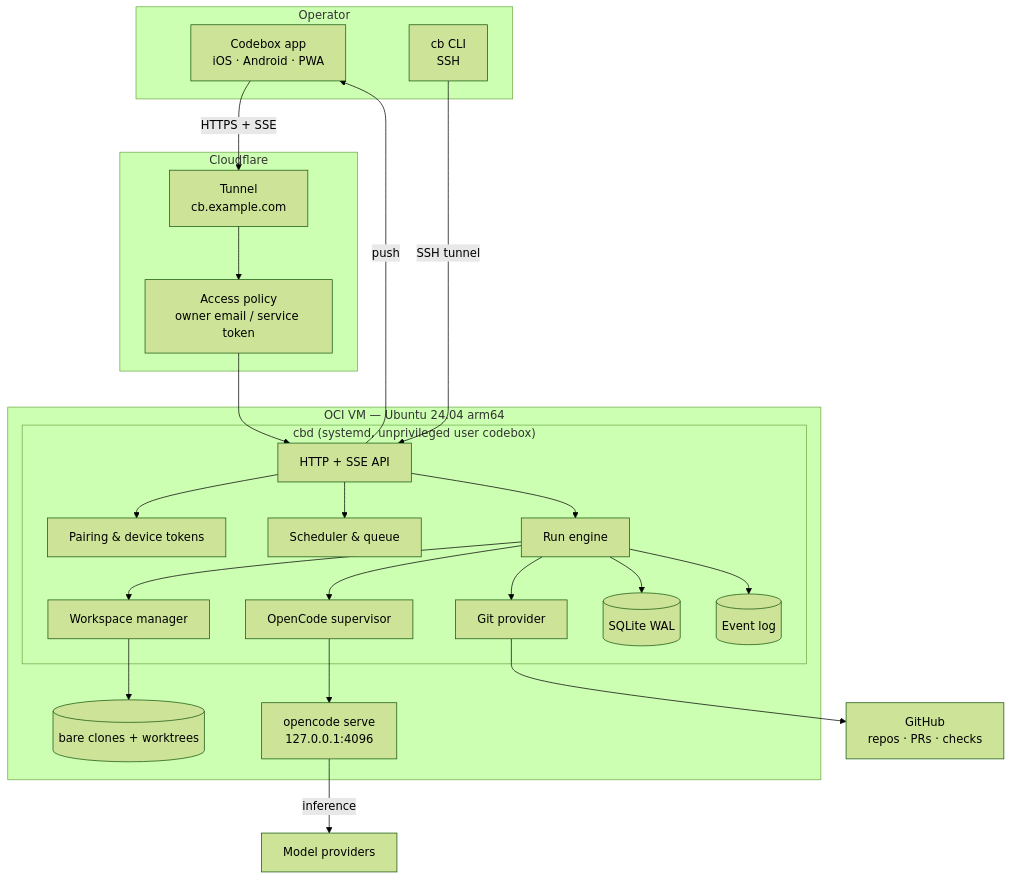
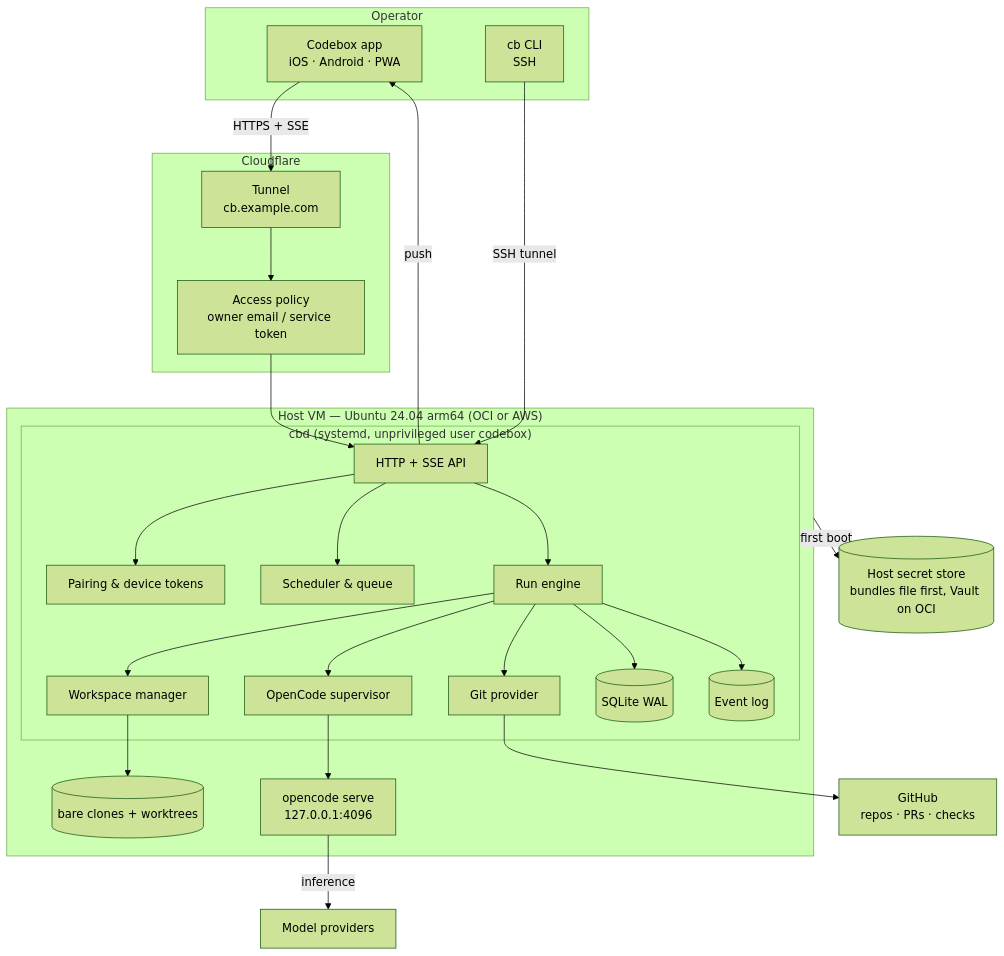
One commit to danihp6/codebox changed the first of 5 diagrams in docs/architecture.md. Above: the diagram before and after it, drawn with Mermaid (forest theme). The commit also changed other lines of this file and 7 other files, not shown here.

````diff
--- a/docs/architecture.md
+++ b/docs/architecture.md
@@ -9,41 +9,43 @@
 ```mermaid
 flowchart TB
   subgraph Operator["Operator"]
     APP[Codebox app<br/>iOS · Android · PWA]
     CLI[cb CLI<br/>SSH]
   end
   subgraph Cloudflare["Cloudflare"]
     TUN[Tunnel<br/>cb.example.com]
     ACC[Access policy<br/>owner email / service token]
   end
-  subgraph OCI["OCI VM — Ubuntu 24.04 arm64"]
+  subgraph HOST["Host VM — Ubuntu 24.04 arm64 (OCI or AWS)"]
     subgraph Daemon["cbd (systemd, unprivileged user codebox)"]
       API[HTTP + SSE API]
       AUTH[Pairing & device tokens]
       SCHED[Scheduler & queue]
       RUN[Run engine]
       WS[Workspace manager]
       GH[Git provider]
       SUP[OpenCode supervisor]
       STORE[(SQLite WAL)]
       EV[(Event log)]
     end
     OC["opencode serve<br/>127.0.0.1:4096"]
     GIT[(bare clones + worktrees)]
   end
+  SECRETS[(Host secret store<br/>bundles file first, Vault on OCI)]
   GHUB[GitHub<br/>repos · PRs · checks]
   MODEL[Model providers]
 
   APP -->|HTTPS + SSE| TUN --> ACC --> API
   CLI -->|SSH tunnel| API
+  HOST -->|first boot| SECRETS
   API --> AUTH
   API --> SCHED
   API --> RUN
   RUN --> WS --> GIT
   RUN --> SUP --> OC
   RUN --> GH --> GHUB
   RUN --> STORE
   RUN --> EV
   OC -->|inference| MODEL
   API -->|push| APP
 ```
````
